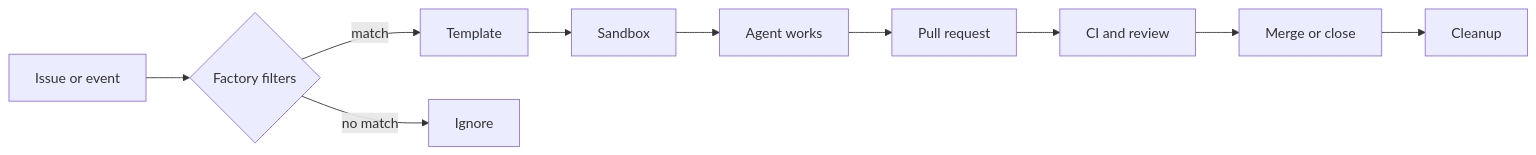
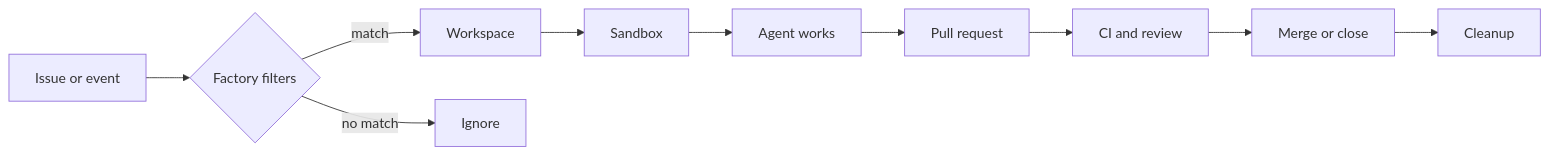
The diagram in README.md (elasticclaw/elasticclaw), drawn with Mermaid before and after one commit. The commit also changed other lines of this file and 35 other files, not shown here.

````diff
--- a/README.md
+++ b/README.md
@@ -40,12 +39,12 @@
 ```mermaid
 flowchart LR
     A[Issue or event] --> B{Factory filters}
-    B -->|match| C[Template]
+    B -->|match| C[Workspace]
     C --> D[Sandbox]
     D --> E[Agent works]
     E --> F[Pull request]
     F --> G[CI and review]
     G --> H[Merge or close]
     H --> I[Cleanup]
     B -->|no match| J[Ignore]
 ```
````
